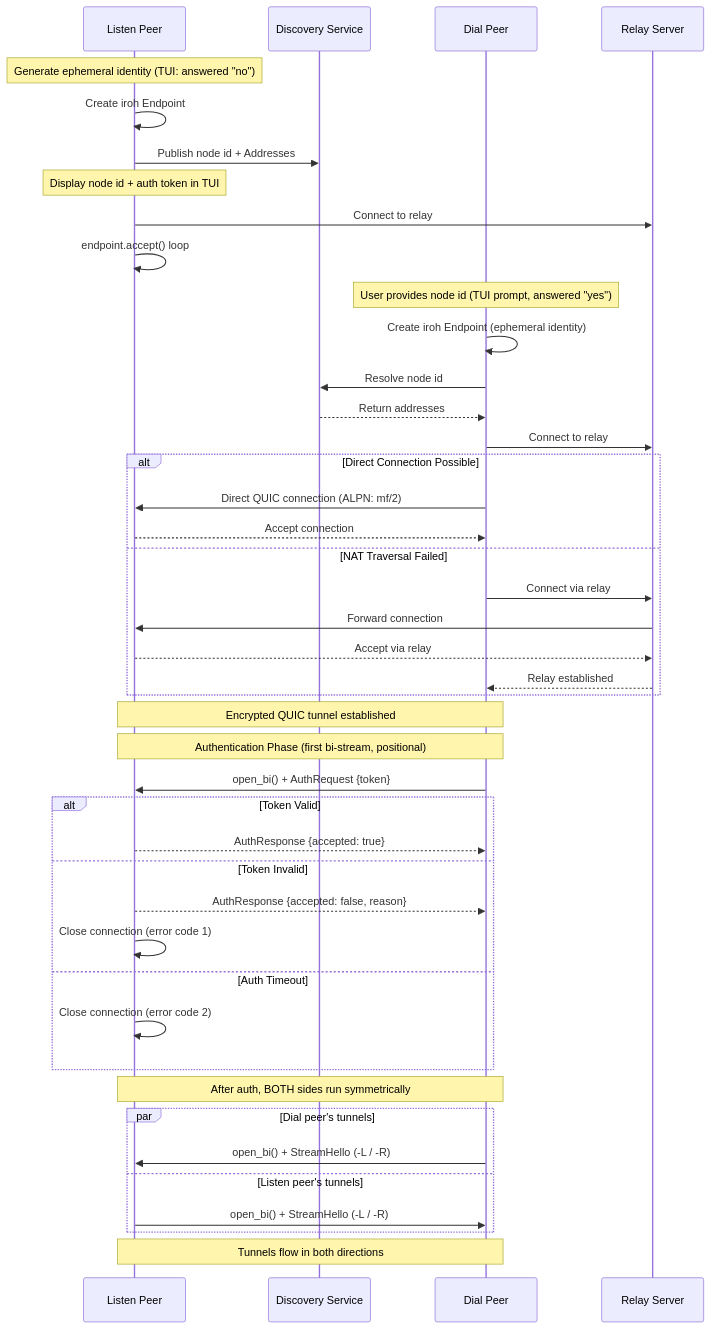
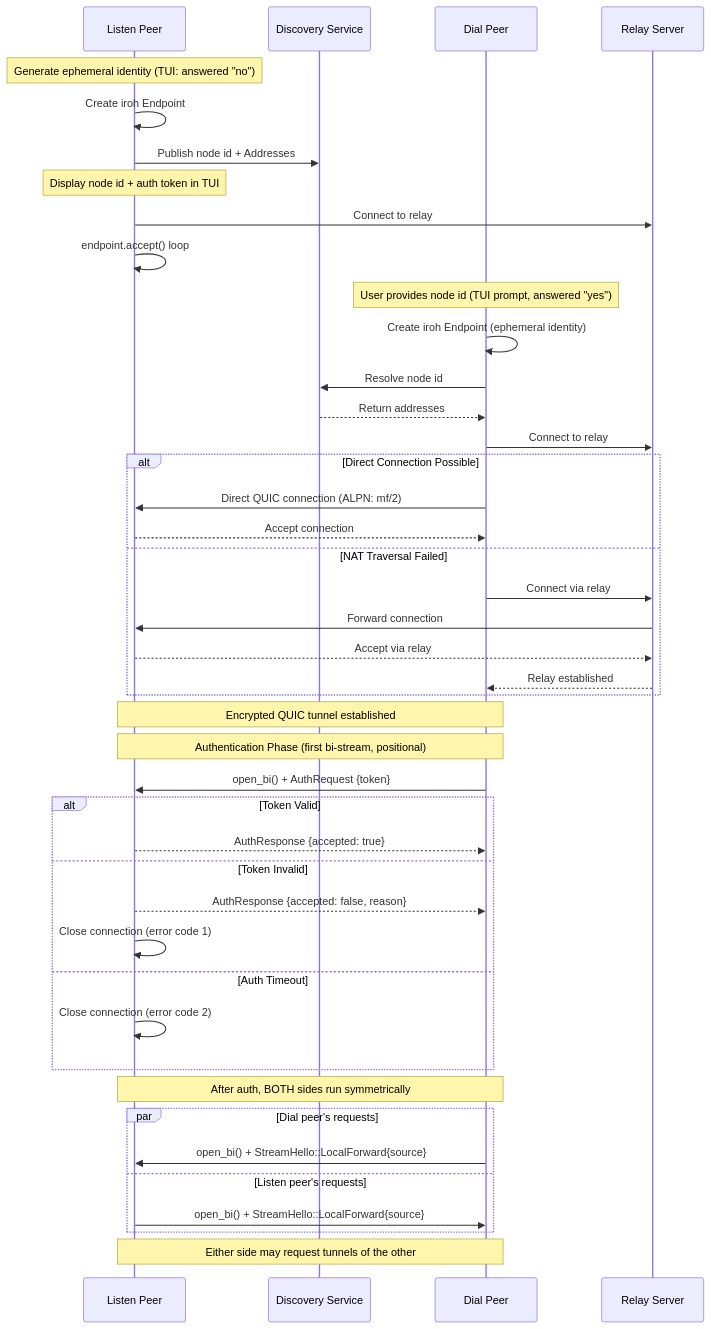
One commit to andrewtheguy/duopipe changed the sixth of 24 diagrams in docs/ARCHITECTURE.md. Above: the diagram before and after it, drawn with Mermaid. The commit also changed other lines of this file and 13 other files, not shown here.

````diff
--- a/docs/ARCHITECTURE.md
+++ b/docs/ARCHITECTURE.md
@@ -205,51 +205,51 @@
 ```mermaid
 sequenceDiagram
     participant L as Listen Peer
     participant SD as Discovery Service
     participant D as Dial Peer
     participant RS as Relay Server
 
     Note over L: Generate ephemeral identity (TUI: answered "no")
     L->>L: Create iroh Endpoint
     L->>SD: Publish node id + Addresses
     Note over L: Display node id + auth token in TUI
     L->>RS: Connect to relay
     L->>L: endpoint.accept() loop
 
     Note over D: User provides node id (TUI prompt, answered "yes")
     D->>D: Create iroh Endpoint (ephemeral identity)
     D->>SD: Resolve node id
     SD-->>D: Return addresses
     D->>RS: Connect to relay
 
     alt Direct Connection Possible
         D->>L: Direct QUIC connection (ALPN: mf/2)
         L-->>D: Accept connection
     else NAT Traversal Failed
         D->>RS: Connect via relay
         RS->>L: Forward connection
         L-->>RS: Accept via relay
         RS-->>D: Relay established
     end
 
     Note over L,D: Encrypted QUIC tunnel established
 
     Note over D,L: Authentication Phase (first bi-stream, positional)
     D->>L: open_bi() + AuthRequest {token}
     alt Token Valid
         L-->>D: AuthResponse {accepted: true}
     else Token Invalid
         L-->>D: AuthResponse {accepted: false, reason}
         L->>L: Close connection (error code 1)
     else Auth Timeout
         L->>L: Close connection (error code 2)
     end
 
     Note over D,L: After auth, BOTH sides run symmetrically
-    par Dial peer's tunnels
-        D->>L: open_bi() + StreamHello (-L / -R)
-    and Listen peer's tunnels
-        L->>D: open_bi() + StreamHello (-L / -R)
+    par Dial peer's requests
+        D->>L: open_bi() + StreamHello::LocalForward{source}
+    and Listen peer's requests
+        L->>D: open_bi() + StreamHello::LocalForward{source}
     end
-    Note over D,L: Tunnels flow in both directions
+    Note over D,L: Either side may request tunnels of the other
 ```
````
